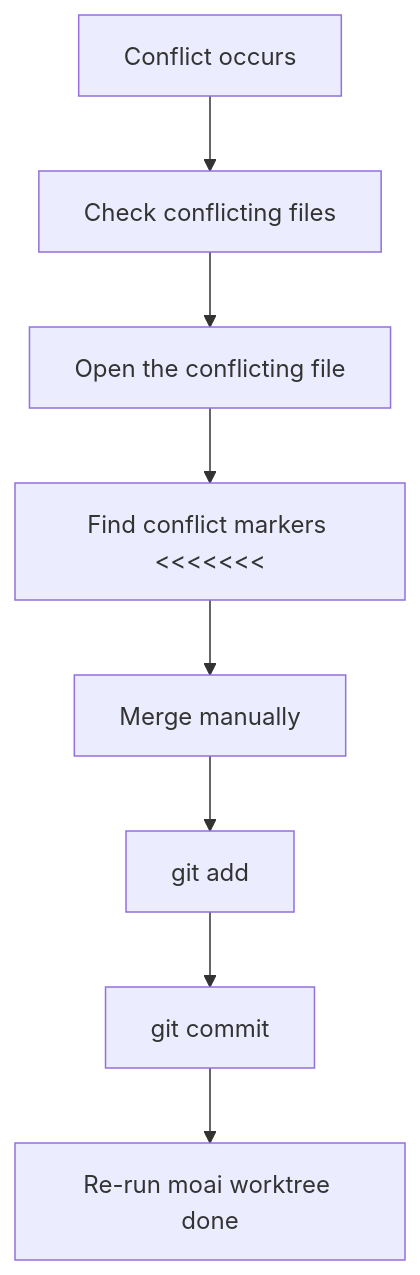
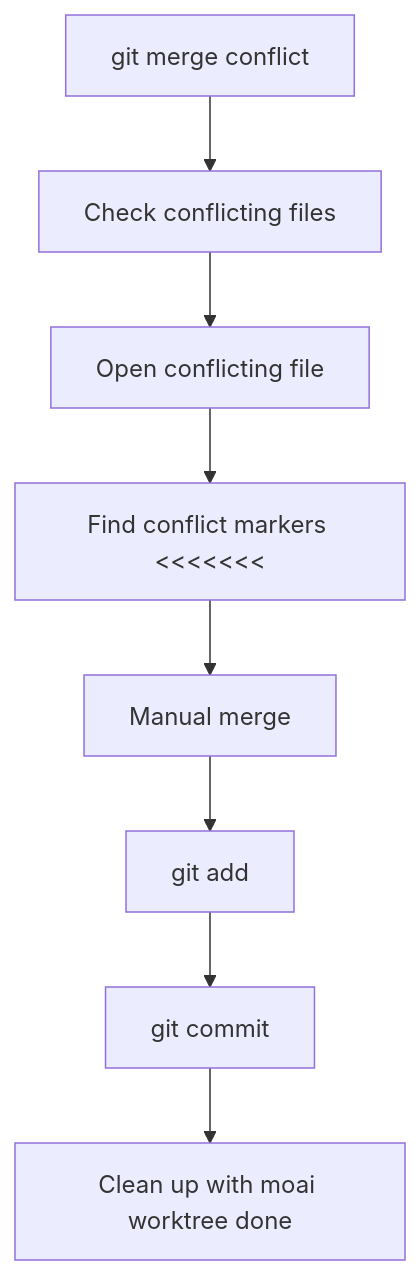
Before and after one commit to modu-ai/moai-adk: the sixth of 9 diagrams in docs-site/content/en/worktree/faq.md, drawn with Mermaid. The commit also changed other lines of this file and 180 other files, not shown here.

````diff
--- a/docs-site/content/en/worktree/faq.md
+++ b/docs-site/content/en/worktree/faq.md
@@ -250,10 +241,10 @@
 ```mermaid
 flowchart TD
-    A[Conflict occurs] --> B[Check conflicting files]
-    B --> C[Open the conflicting file]
+    A[git merge conflict] --> B[Check conflicting files]
+    B --> C[Open conflicting file]
     C --> D[Find conflict markers &lt;&lt;&lt;&lt;&lt;&lt;&lt;]
-    D --> E[Merge manually]
+    D --> E[Manual merge]
     E --> F[git add]
     F --> G[git commit]
-    G --> H[Re-run moai worktree done]
+    G --> H[Clean up with moai worktree done]
 ```
````
